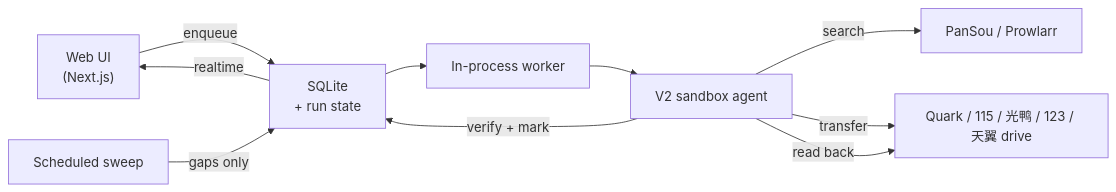
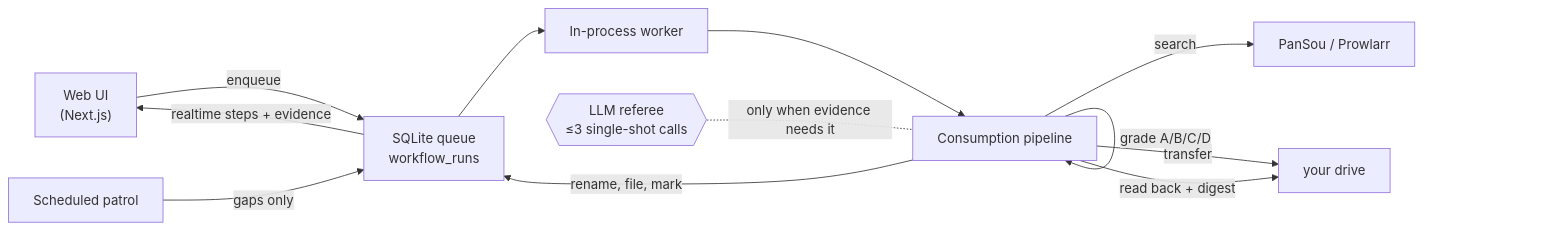
The diagram in README.md (CodeByZack/mediary-scout), drawn with Mermaid before and after one commit. The commit also changed other lines of this file and 93 other files, not shown here.

````diff
--- a/README.md
+++ b/README.md
@@ -149,12 +104,14 @@
 ```mermaid
 flowchart LR
-    UI["Web UI<br/>(Next.js)"] -->|enqueue| Q["SQLite<br/>+ run state"]
+    UI["Web UI<br/>(Next.js)"] -->|enqueue| Q["SQLite queue<br/>workflow_runs"]
     Q --> W["In-process worker"]
-    W --> AG["V2 sandbox agent"]
-    AG -->|search| SRC["PanSou / Prowlarr"]
-    AG -->|transfer| DR["Quark / 115 / 光鸭 / 123 / 天翼 drive"]
-    AG -->|read back| DR
-    AG -->|verify + mark| Q
-    Q -->|realtime| UI
-    CRON["Scheduled sweep"] -->|gaps only| Q
+    W --> P["Consumption pipeline"]
+    P -->|search| SRC["PanSou / Prowlarr"]
+    P -->|grade A/B/C/D| P
+    P -->|transfer| DR["your drive"]
+    P -->|read back + digest| DR
+    P -->|rename, file, mark| Q
+    AI{{"LLM referee<br/>≤3 single-shot calls"}} -.only when evidence needs it.- P
+    Q -->|realtime steps + evidence| UI
+    CRON["Scheduled patrol"] -->|gaps only| Q
 ```
````
